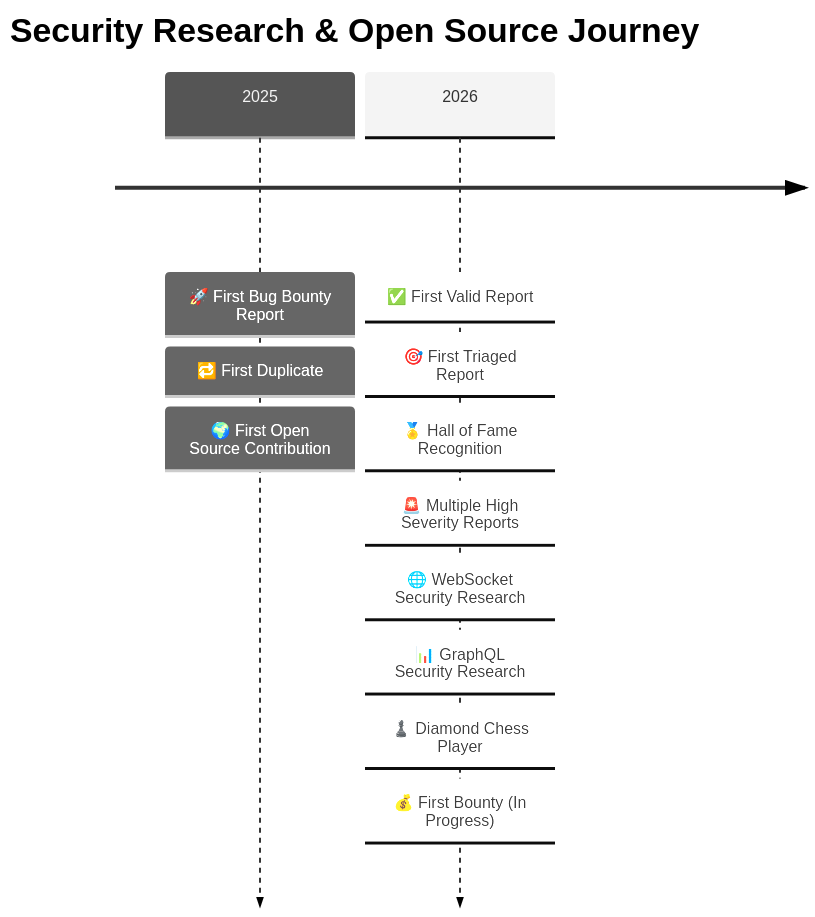
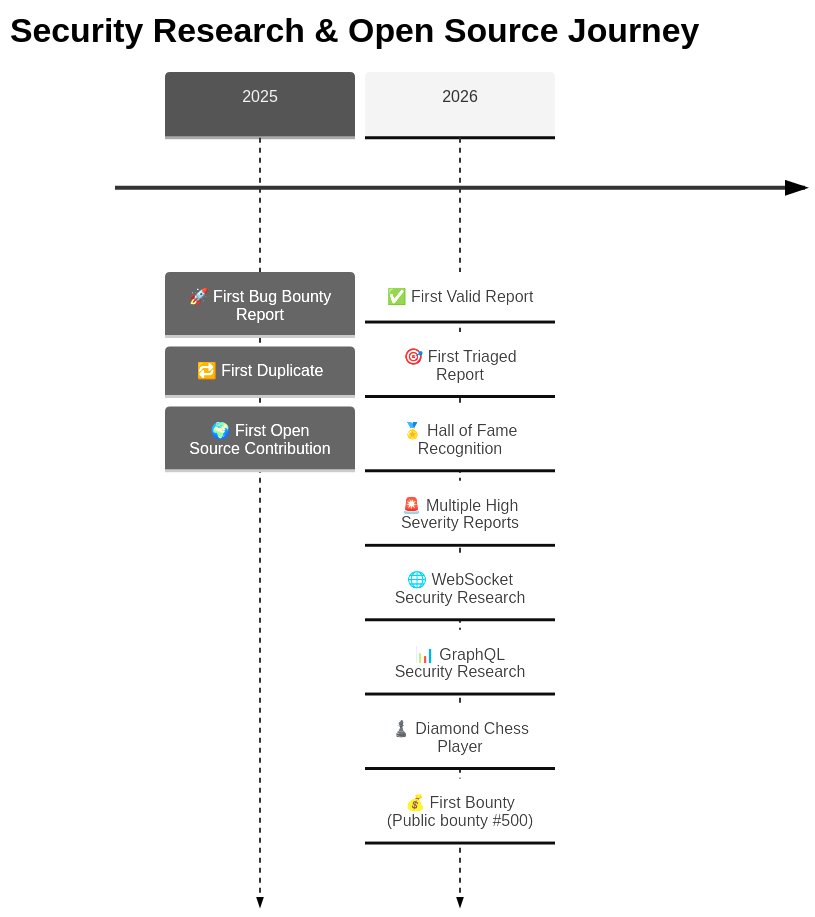
The sixth of 6 diagrams in README.md (LifeJiggy/LifeJiggy), drawn with Mermaid (neutral theme) before and after one commit. The commit also changed other lines of this file, not shown here.

Commit message:
Fix formatting and update bounty status in README
Updated Dast-Engine link formatting and clarified bounty status.

````diff
--- a/README.md
+++ b/README.md
@@ -455,17 +455,17 @@
 ```mermaid
 timeline
     title Security Research & Open Source Journey
 
     2025 : 🚀 First Bug Bounty Report
          : 🔁 First Duplicate
          : 🌍 First Open Source Contribution
 
     2026 : ✅ First Valid Report
          : 🎯 First Triaged Report
          : 🏅 Hall of Fame Recognition
          : 🚨 Multiple High Severity Reports
          : 🌐 WebSocket Security Research
          : 📊 GraphQL Security Research
          : ♟️ Diamond Chess Player
-         : 💰 First Bounty (In Progress)
+         : 💰 First Bounty (Public bounty #500)
 ```
````
